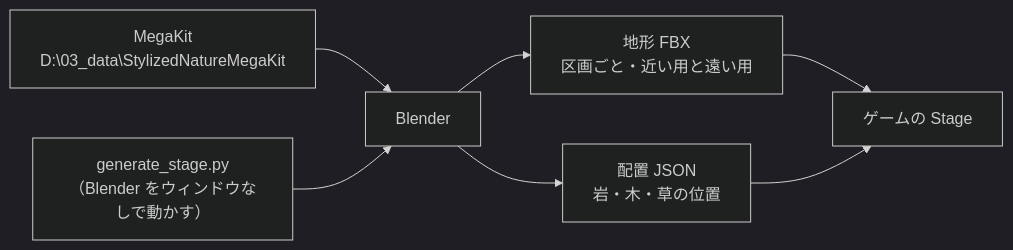
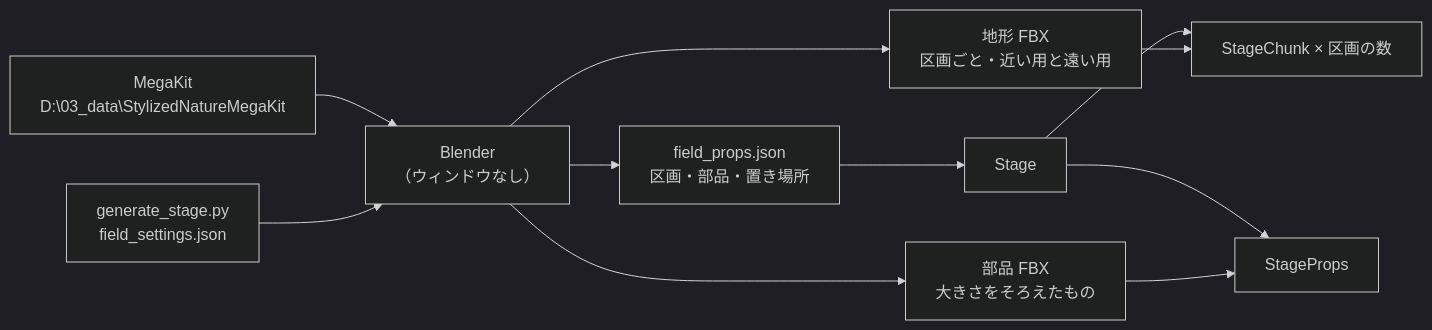
The diagram in Action/docs/ゲーム/ステージ/ステージの設計.md (hirota-ryuki/Action), drawn with Mermaid (dark theme) before and after one commit. The commit also changed other lines of this file and 2 other files, not shown here.

````diff
--- a/Action/docs/ゲーム/ステージ/ステージの設計.md
+++ b/Action/docs/ゲーム/ステージ/ステージの設計.md
@@ -17,9 +17,13 @@
 ```mermaid
 flowchart LR
     M["MegaKit<br/>D:\03_data\StylizedNatureMegaKit"] --> B
-    S["generate_stage.py<br/>（Blender をウィンドウなしで動かす）"] --> B[Blender]
+    S["generate_stage.py<br/>field_settings.json"] --> B["Blender<br/>（ウィンドウなし）"]
     B --> T["地形 FBX<br/>区画ごと・近い用と遠い用"]
-    B --> J["配置 JSON<br/>岩・木・草の位置"]
-    T --> G[ゲームの Stage]
-    J --> G
+    B --> N["部品 FBX<br/>大きさをそろえたもの"]
+    B --> J["field_props.json<br/>区画・部品・置き場所"]
+    J --> G["Stage"]
+    G --> C["StageChunk × 区画の数"]
+    G --> P["StageProps"]
+    T --> C
+    N --> P
 ```
````
